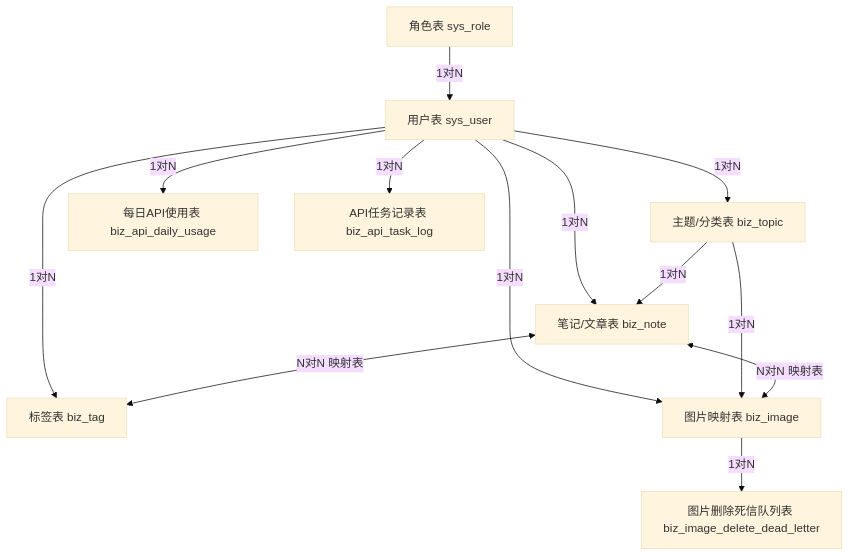
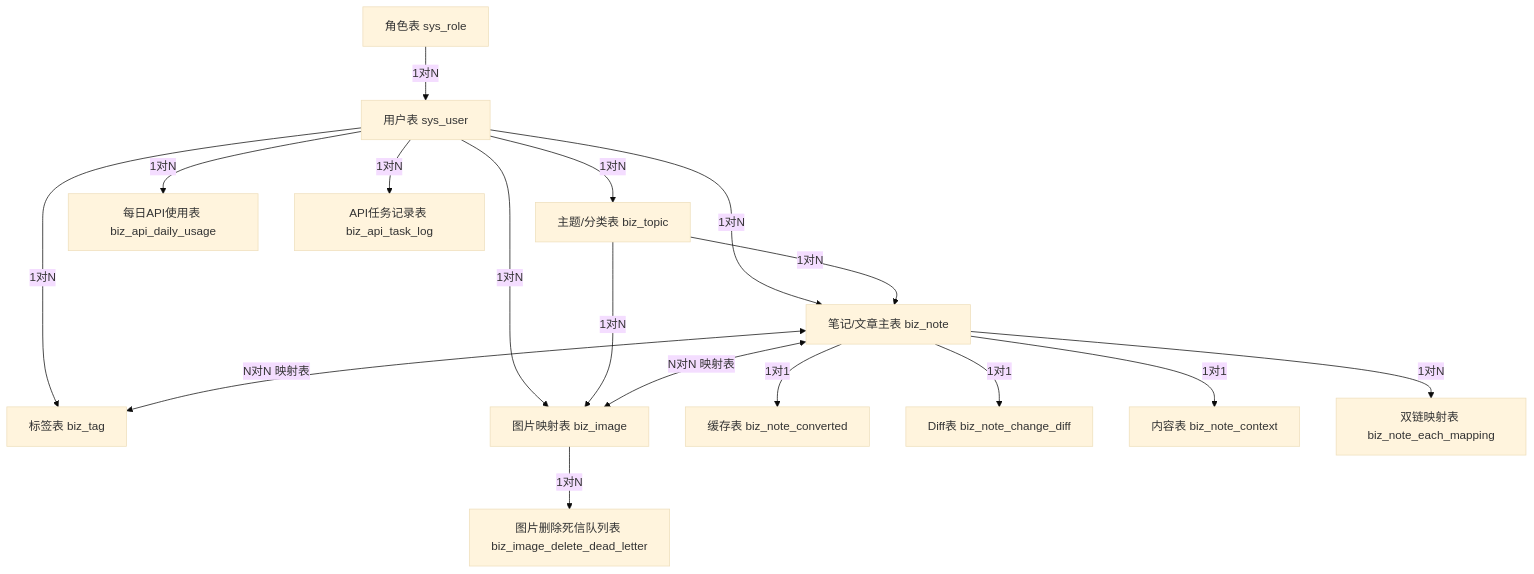
One commit to qing-del/middleware changed the diagram in init/TableDesign.md. Above: the diagram before and after it, drawn with Mermaid (base theme). The commit also changed other lines of this file and 36 other files, not shown here.

````diff
--- a/init/TableDesign.md
+++ b/init/TableDesign.md
@@ -8,15 +8,19 @@
 ```mermaid
 flowchart TD
     A[角色表 sys_role] --> |1对N| B[用户表 sys_user]
     B --> |1对N| C[主题/分类表 biz_topic]
     B --> |1对N| D[标签表 biz_tag]
-    B --> |1对N| E[笔记/文章表 biz_note]
+    B --> |1对N| E[笔记/文章主表 biz_note]
     B --> |1对N| F[图片映射表 biz_image]
+    E --> |1对1| N1[缓存表 biz_note_converted]
+    E --> |1对1| N2[Diff表 biz_note_change_diff]
+    E --> |1对1| N3[内容表 biz_note_context]
+    E --> |1对N| N4[双链映射表 biz_note_each_mapping]
     C --> |1对N| E
     C --> |1对N| F
     E <--> |N对N 映射表| D
     E <--> |N对N 映射表| F
     B --> |1对N| G[每日API使用表 biz_api_daily_usage]
     B --> |1对N| H[API任务记录表 biz_api_task_log]
     F --> |1对N| I[图片删除死信队列表 biz_image_delete_dead_letter]
 ```
````
